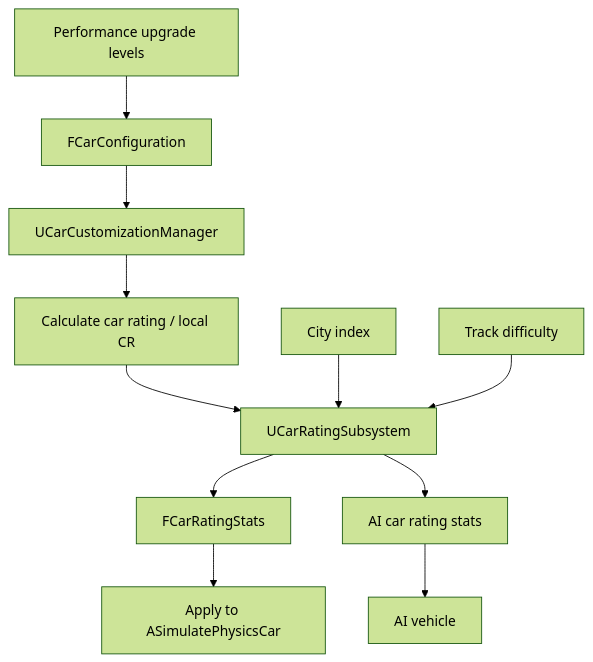
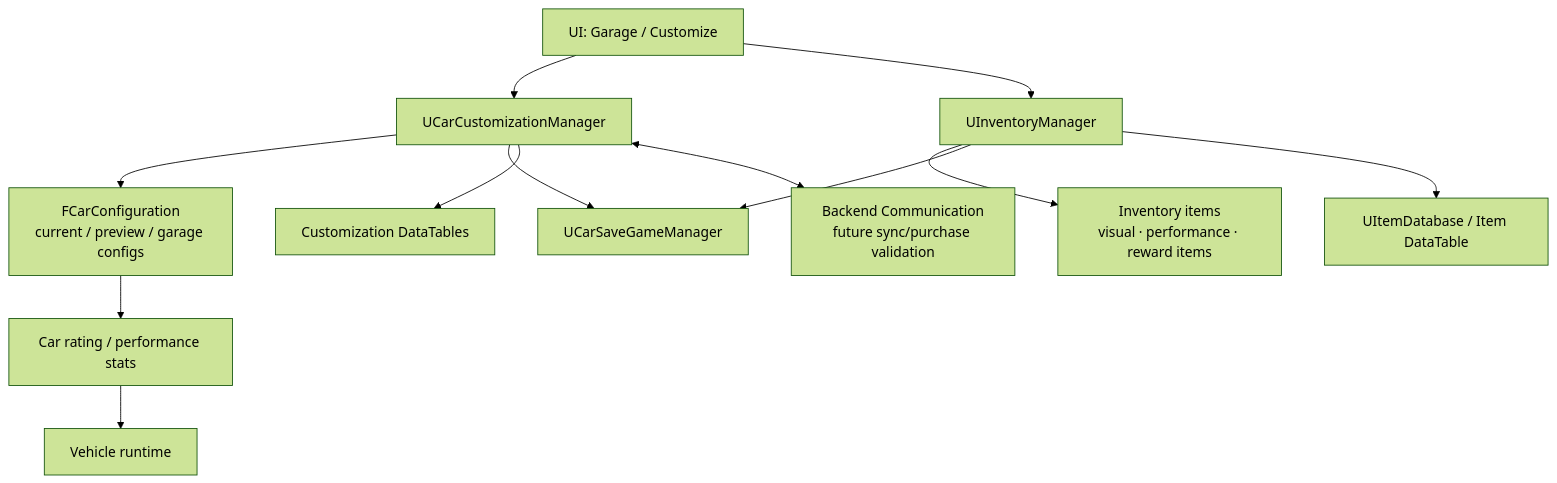
Before and after one commit to Click-Game-Studio/VNRacing: the sixth of 14 diagrams in Docs/VNRacing_HLD.md, drawn with Mermaid (forest theme). The commit also changed other lines of this file, not shown here.

````diff
--- a/Docs/VNRacing_HLD.md
+++ b/Docs/VNRacing_HLD.md
@@ -334,14 +292,14 @@
 ```mermaid
-graph TD
-    Upgrade["Performance upgrade levels"] --> Config["FCarConfiguration"]
-    Config --> CUST["UCarCustomizationManager"]
-    CUST --> CR["Calculate car rating / local CR"]
-    CR --> CRS["UCarRatingSubsystem"]
-    CRS --> Stats["FCarRatingStats"]
-    Stats --> Vehicle["Apply to ASimulatePhysicsCar"]
-
-    City["City index"] --> CRS
-    Difficulty["Track difficulty"] --> CRS
-    CRS --> AIStats["AI car rating stats"]
-    AIStats --> AICar["AI vehicle"]
+graph TB
+    UI["UI: Garage / Customize"] --> CUST["UCarCustomizationManager"]
+    UI --> INV["UInventoryManager"]
+    CUST --> CONFIG["FCarConfiguration\ncurrent / preview / garage configs"]
+    INV --> ITEMS["Inventory items\nvisual · performance · reward items"]
+    CUST --> SAVE["UCarSaveGameManager"]
+    INV --> SAVE
+    CUST --> DT["Customization DataTables"]
+    INV --> DB["UItemDatabase / Item DataTable"]
+    CONFIG --> CR["Car rating / performance stats"]
+    CR --> PHYSICS["Vehicle runtime"]
+    CUST <--> BE["Backend Communication\nfuture sync/purchase validation"]
 ```
````
